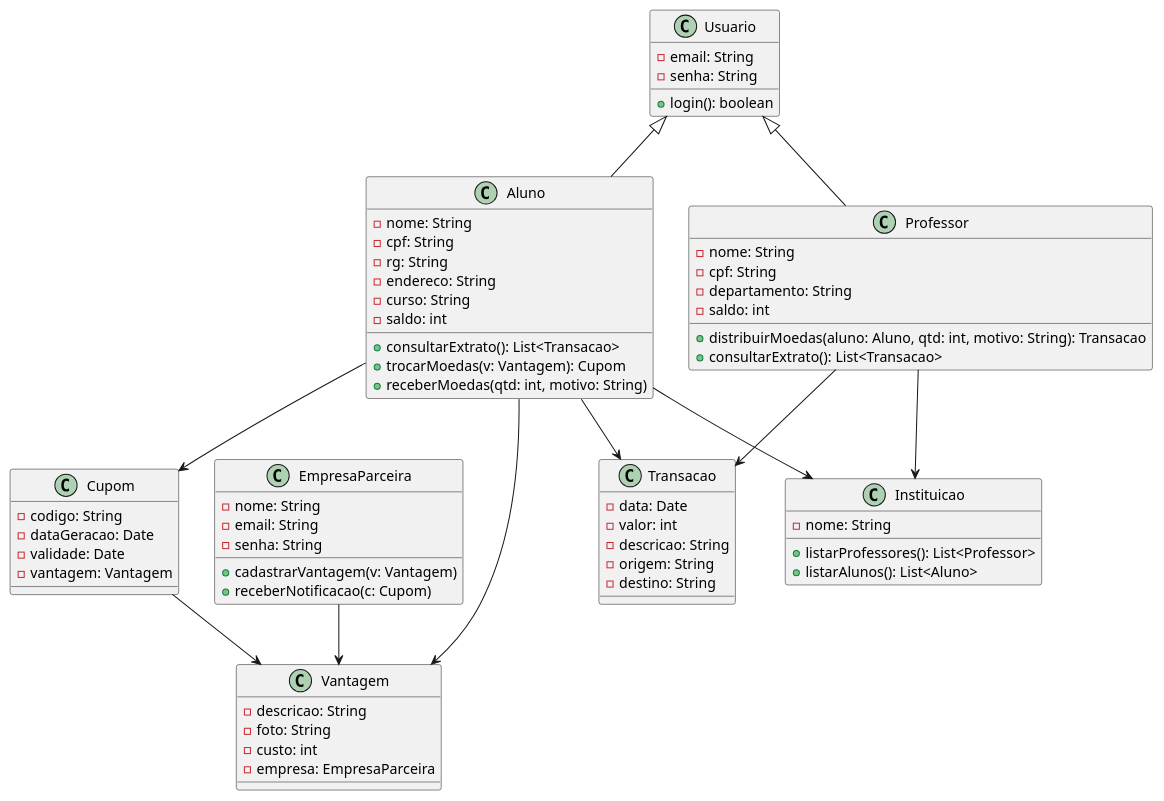
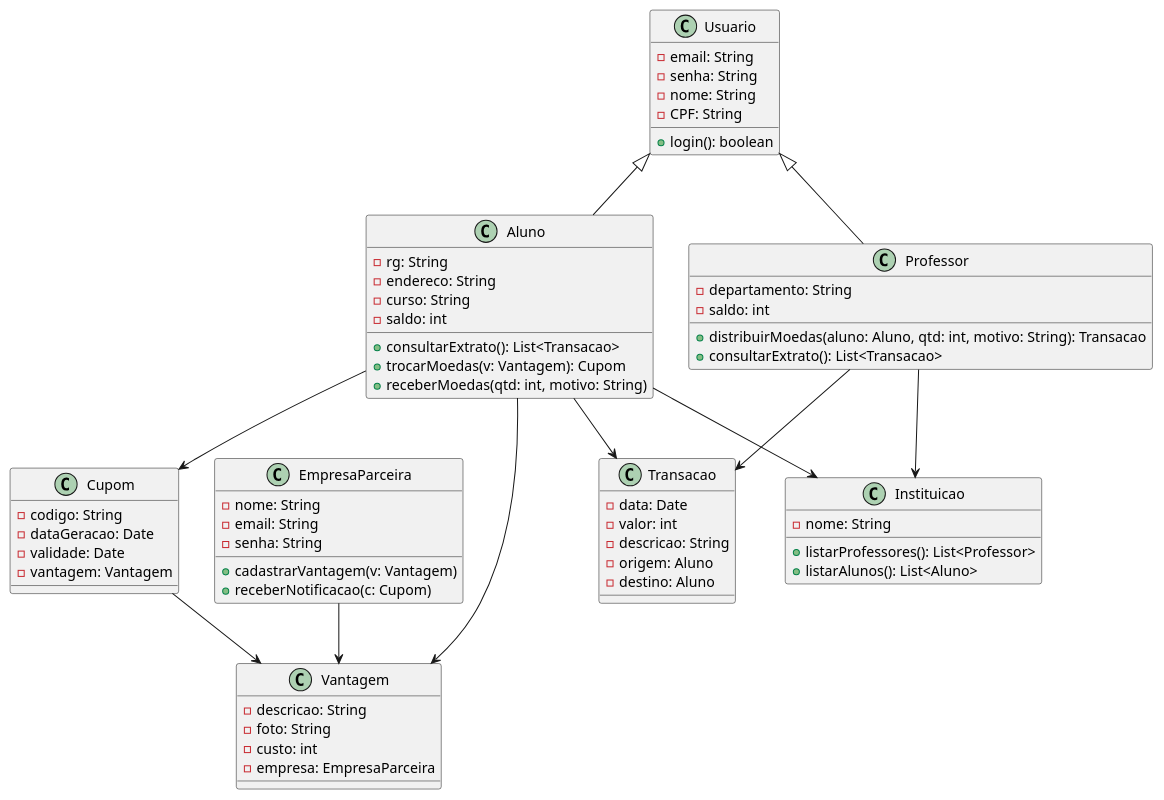
Before and after one commit to renatoctti/Laboratorio03: the diagram in Diagramas/Classes/Classes.wsd, drawn with PlantUML. The commit also changed 10 other files, not shown here.

Commit message:
Commit atualizacao de diagramas

```diff
--- a/Diagramas/Classes/Classes.wsd
+++ b/Diagramas/Classes/Classes.wsd
@@ -1,76 +1,73 @@
-@startuml
-' Diagrama de Classes
+@startuml  Diagrama de Classes
 class Usuario {
   -email: String
   -senha: String
+  -nome: String
+  -CPF: String 
   +login(): boolean
 }
 
 class Aluno {
-  -nome: String
-  -cpf: String
   -rg: String
   -endereco: String
   -curso: String
   -saldo: int
   +consultarExtrato(): List<Transacao>
   +trocarMoedas(v: Vantagem): Cupom
   +receberMoedas(qtd: int, motivo: String)
 }
 
 class Professor {
-  -nome: String
-  -cpf: String
   -departamento: String
   -saldo: int
   +distribuirMoedas(aluno: Aluno, qtd: int, motivo: String): Transacao
   +consultarExtrato(): List<Transacao>
 }
 
 class EmpresaParceira {
   -nome: String
   -email: String
   -senha: String
   +cadastrarVantagem(v: Vantagem)
   +receberNotificacao(c: Cupom)
 }
 
 class Vantagem {
   -descricao: String
   -foto: String
   -custo: int
   -empresa: EmpresaParceira
 }
 
 class Instituicao {
   -nome: String
   +listarProfessores(): List<Professor>
   +listarAlunos(): List<Aluno>
 }
 
 class Cupom {
   -codigo: String
   -dataGeracao: Date
   -validade: Date
   -vantagem: Vantagem
 }
 
 class Transacao {
   -data: Date
   -valor: int
   -descricao: String
-  -origem: String
-  -destino: String
+  -origem: Aluno
+  -destino: Aluno
 }
 
 Usuario <|-- Aluno
 Usuario <|-- Professor
 Aluno --> Instituicao
 Professor --> Instituicao
 Aluno --> Transacao
 Professor --> Transacao
 EmpresaParceira --> Vantagem
 Aluno --> Cupom
 Aluno --> Vantagem
 Cupom --> Vantagem
 @enduml
```
